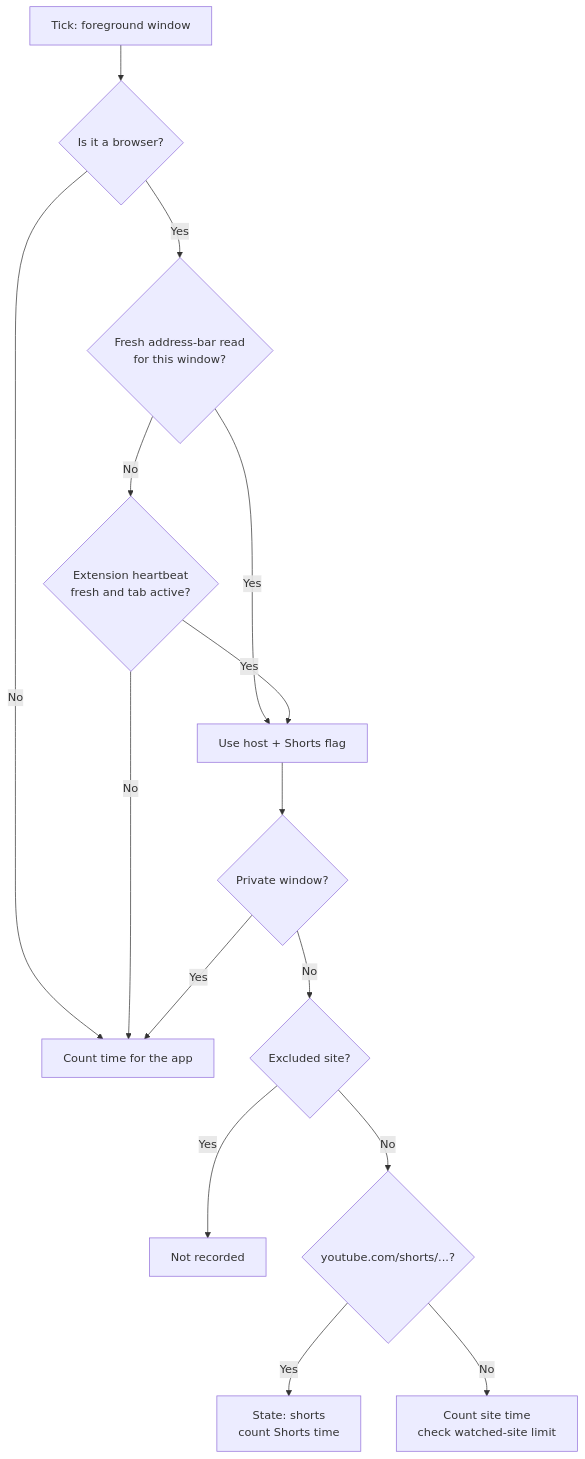
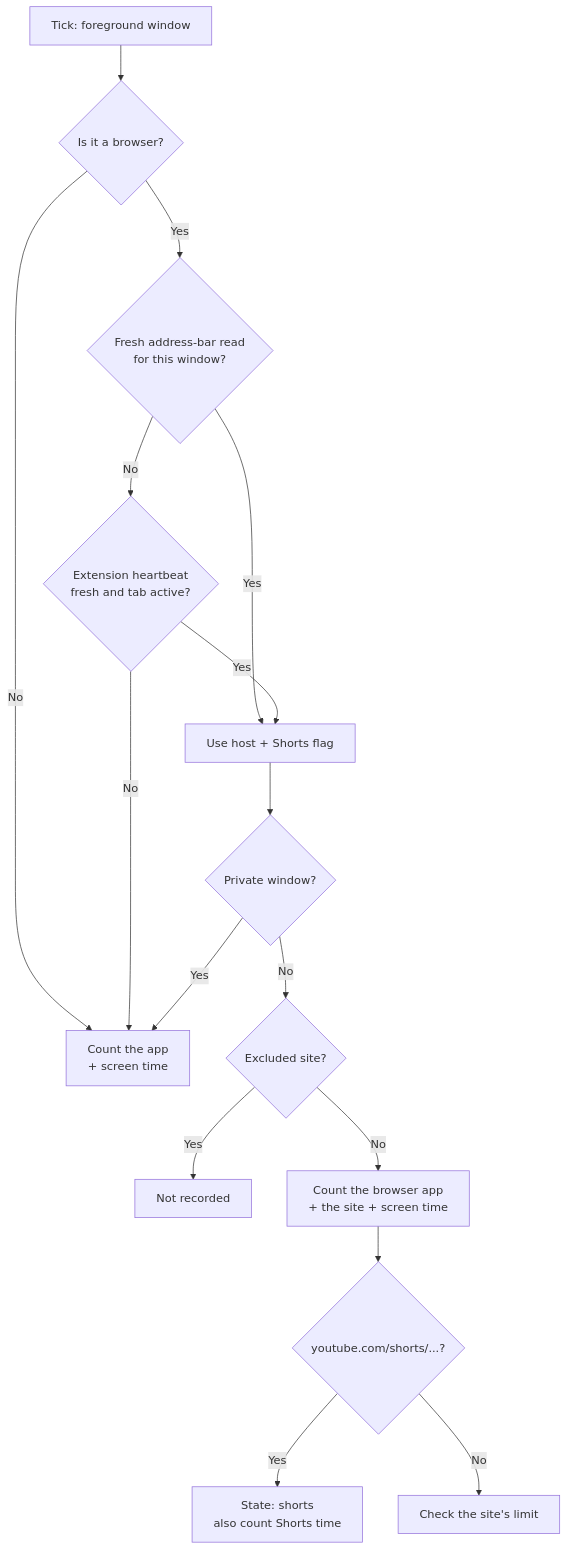
One commit to Abubakkar-Khan/PHI changed the third of 10 diagrams in README.md. Above: the diagram before and after it, drawn with Mermaid. The commit also changed other lines of this file and 3 other files, not shown here.

````diff
--- a/README.md
+++ b/README.md
@@ -181,17 +181,18 @@
 ```mermaid
 flowchart TD
     A["Tick: foreground window"] --> B{"Is it a browser?"}
-    B -->|No| APP["Count time for the app"]
+    B -->|No| APP["Count the app<br/>+ screen time"]
     B -->|Yes| C{"Fresh address-bar read<br/>for this window?"}
     C -->|Yes| SRC["Use host + Shorts flag"]
     C -->|No| D{"Extension heartbeat<br/>fresh and tab active?"}
     D -->|Yes| SRC
     D -->|No| APP
     SRC --> P{"Private window?"}
     P -->|Yes| APP
     P -->|No| X{"Excluded site?"}
     X -->|Yes| SKIP["Not recorded"]
-    X -->|No| H{"youtube.com/shorts/...?"}
-    H -->|Yes| SH["State: shorts<br/>count Shorts time"]
-    H -->|No| SITE["Count site time<br/>check watched-site limit"]
+    X -->|No| BOTH["Count the browser app<br/>+ the site + screen time"]
+    BOTH --> H{"youtube.com/shorts/...?"}
+    H -->|Yes| SH["State: shorts<br/>also count Shorts time"]
+    H -->|No| SITE["Check the site's limit"]
 ```
````
